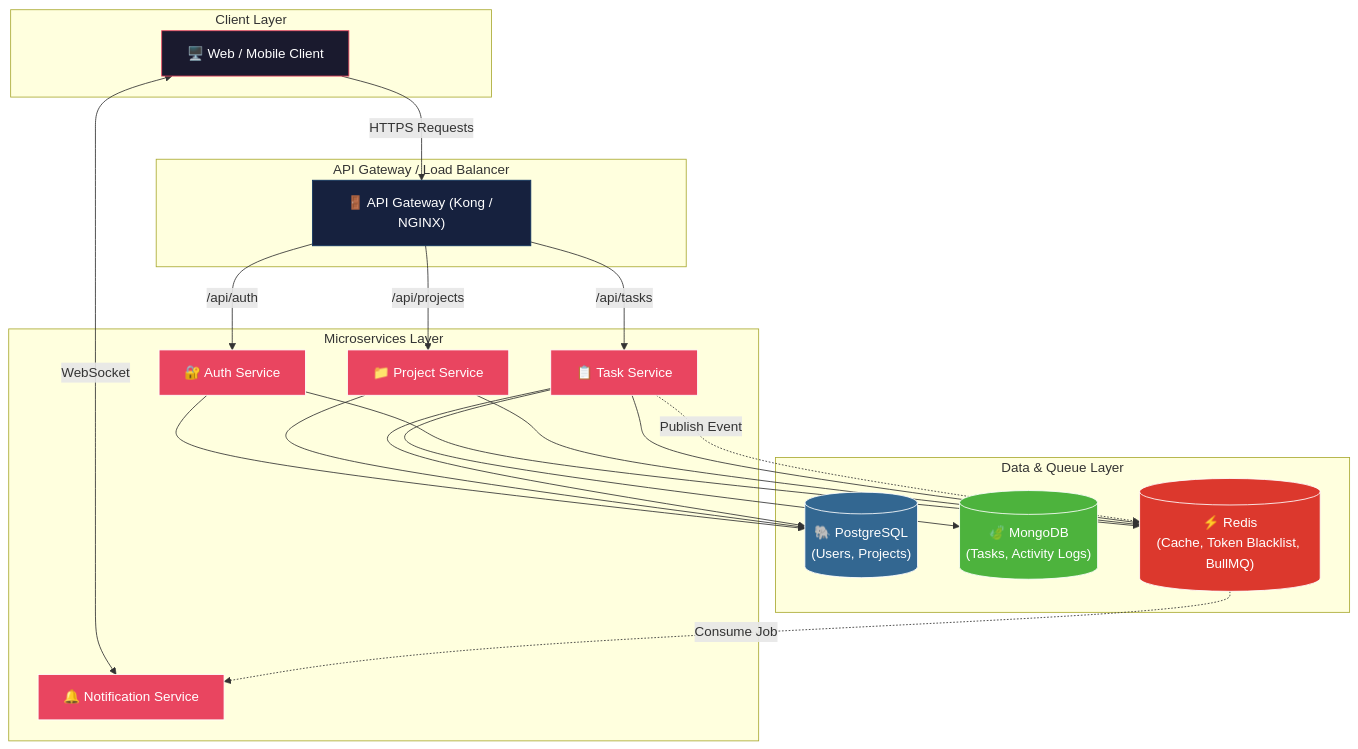
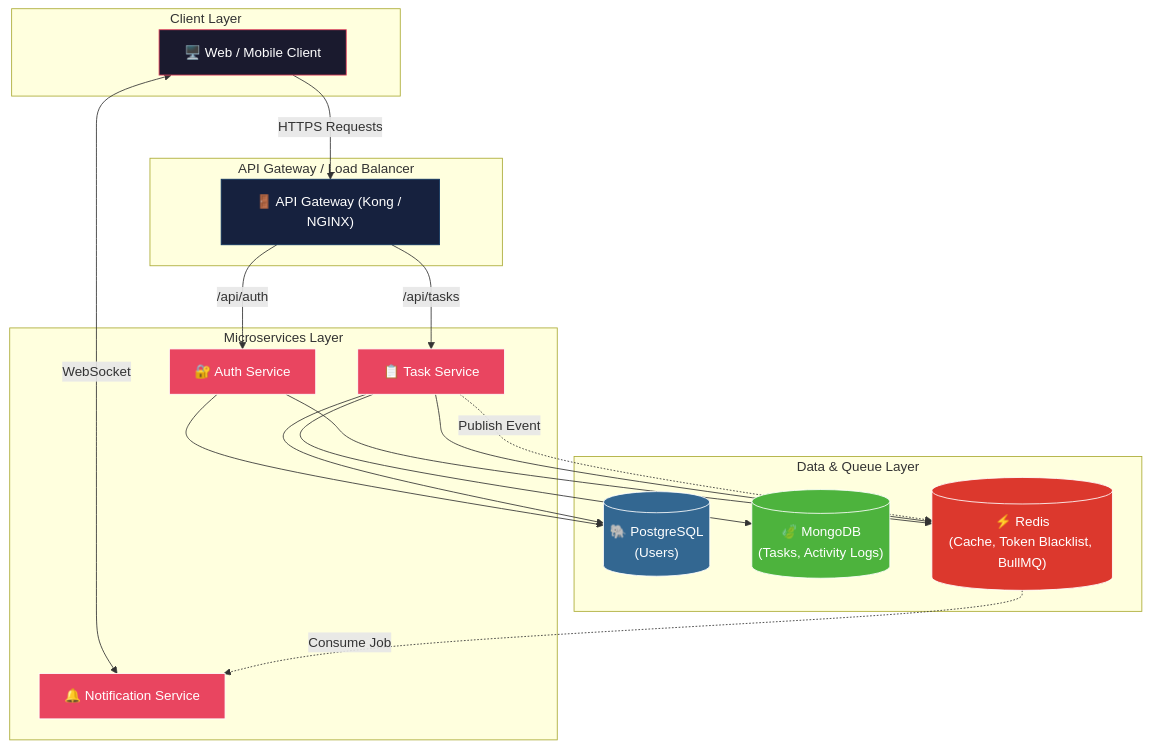
The first of 4 diagrams in README.md (mika1511/Task-Manager), drawn with Mermaid before and after one commit. The commit also changed other lines of this file, not shown here.

Commit message:
docs: Remove planned project-service and redact env variables in README

````diff
--- a/README.md
+++ b/README.md
@@ -67,53 +67,47 @@
 ```mermaid
 graph TB
     subgraph Client Layer
         CLIENT["🖥️ Web / Mobile Client"]
     end
 
     subgraph API Gateway / Load Balancer
         GATEWAY["🚪 API Gateway (Kong / NGINX)"]
     end
 
     subgraph Microservices Layer
         AUTH_SVC["🔐 Auth Service"]
-        PROJ_SVC["📁 Project Service"]
         TASK_SVC["📋 Task Service"]
         NOTIF_SVC["🔔 Notification Service"]
     end
 
     subgraph Data & Queue Layer
-        PG[("🐘 PostgreSQL<br/>(Users, Projects)")]
+        PG[("🐘 PostgreSQL<br/>(Users)")]
         MONGO[("🍃 MongoDB<br/>(Tasks, Activity Logs)")]
         REDIS[("⚡ Redis<br/>(Cache, Token Blacklist, BullMQ)")]
     end
 
     CLIENT --> |HTTPS Requests| GATEWAY
     CLIENT <--> |WebSocket| NOTIF_SVC
 
     GATEWAY --> |/api/auth| AUTH_SVC
-    GATEWAY --> |/api/projects| PROJ_SVC
     GATEWAY --> |/api/tasks| TASK_SVC
 
     AUTH_SVC --> PG
     AUTH_SVC --> REDIS
-    
-    PROJ_SVC --> PG
-    PROJ_SVC --> REDIS
     
     TASK_SVC --> MONGO
     TASK_SVC --> PG
     TASK_SVC --> REDIS
 
     TASK_SVC -.-> |Publish Event| REDIS
     REDIS -.-> |Consume Job| NOTIF_SVC
     
     style CLIENT fill:#1a1a2e,stroke:#e94560,color:#fff
     style GATEWAY fill:#16213e,stroke:#0f3460,color:#fff
     style AUTH_SVC fill:#e94560,stroke:#fff,color:#fff
-    style PROJ_SVC fill:#e94560,stroke:#fff,color:#fff
     style TASK_SVC fill:#e94560,stroke:#fff,color:#fff
     style NOTIF_SVC fill:#e94560,stroke:#fff,color:#fff
     style PG fill:#336791,stroke:#fff,color:#fff
     style MONGO fill:#4DB33D,stroke:#fff,color:#fff
     style REDIS fill:#DC382D,stroke:#fff,color:#fff
 ```
````
